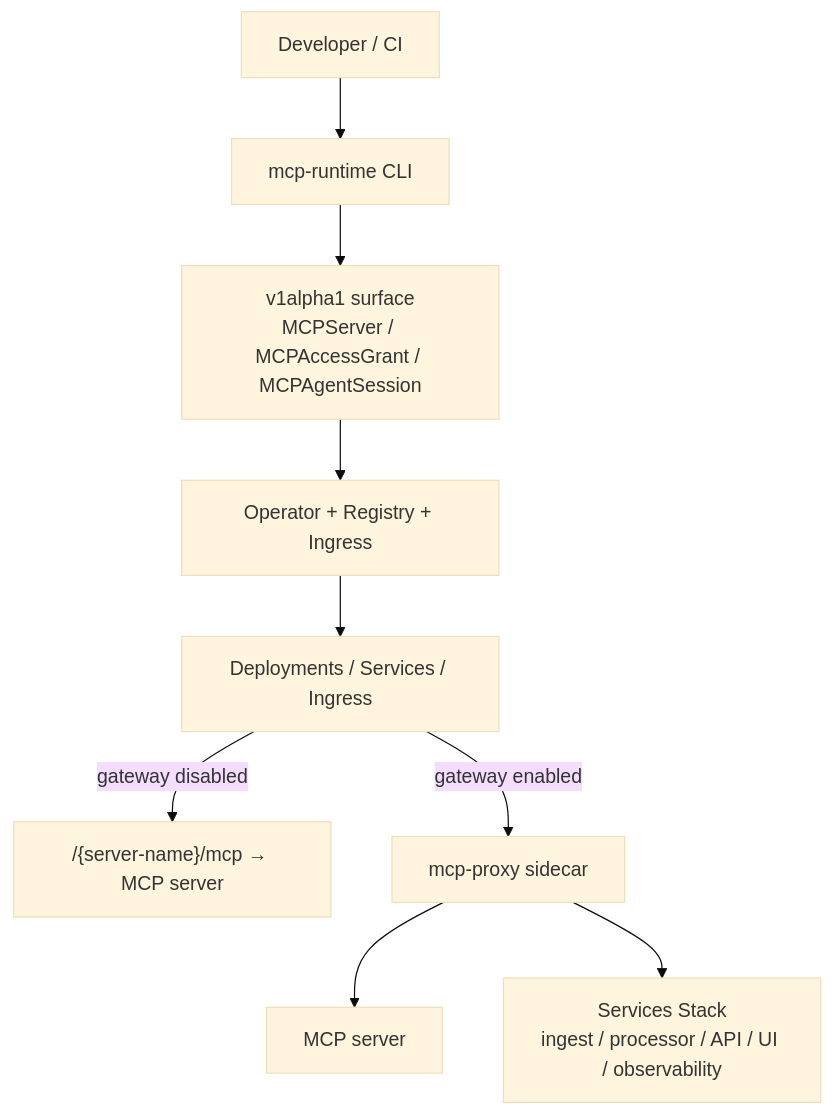
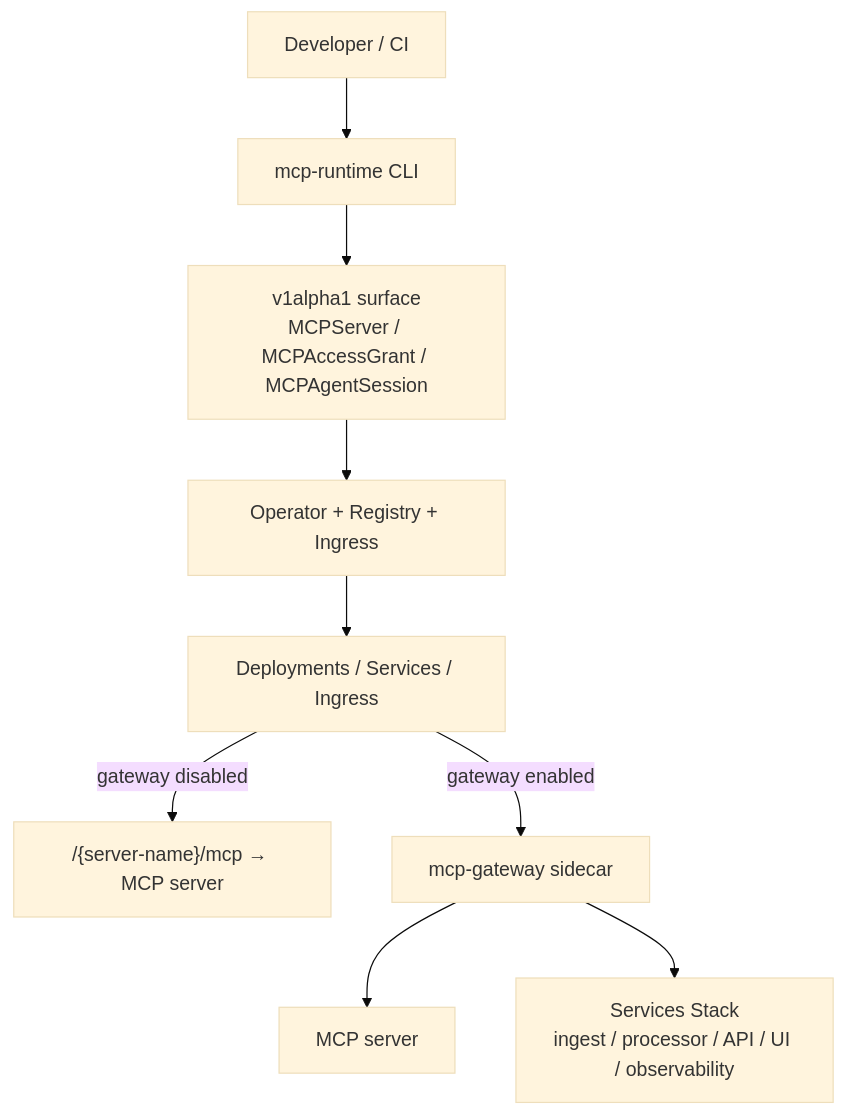
One commit to Agent-Hellboy/mcp-runtime changed the second of 3 diagrams in docs/runtime.md. Above: the diagram before and after it, drawn with Mermaid (base theme). The commit also changed 43 other files, not shown here.

````diff
--- a/docs/runtime.md
+++ b/docs/runtime.md
@@ -91,12 +91,12 @@
 ```mermaid
 flowchart TB
     Dev[Developer / CI] --> CLI[mcp-runtime CLI]
     CLI --> CRD[v1alpha1 surface<br/>MCPServer / MCPAccessGrant / MCPAgentSession]
     CRD --> Op[Operator + Registry + Ingress]
     Op --> K8s[Deployments / Services / Ingress]
 
     K8s -->|gateway disabled| Direct["/{server-name}/mcp → MCP server"]
-    K8s -->|gateway enabled| Proxy[mcp-proxy sidecar]
-    Proxy --> MCP[MCP server]
-    Proxy --> Stack[Services Stack<br/>ingest / processor / API / UI / observability]
+    K8s -->|gateway enabled| Gateway[mcp-gateway sidecar]
+    Gateway --> MCP[MCP server]
+    Gateway --> Stack[Services Stack<br/>ingest / processor / API / UI / observability]
 ```
````
